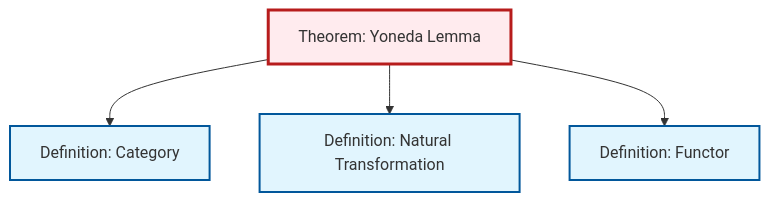
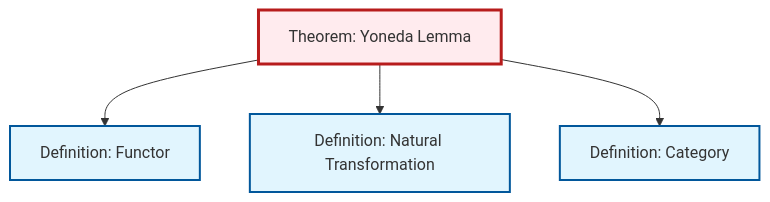
Before and after one commit to RK0429/ModernMath: the diagram in output/mermaid/en/thm-yoneda.mermaid, drawn with Mermaid. The commit also changed 3144 other files, not shown here.

```diff
--- a/output/mermaid/en/thm-yoneda.mermaid
+++ b/output/mermaid/en/thm-yoneda.mermaid
@@ -1,15 +1,14 @@
-%%| fig-cap: "Local dependency graph"
 graph TD
     classDef definition fill:#e1f5fe,stroke:#01579b,stroke-width:2px
     classDef theorem fill:#f3e5f5,stroke:#4a148c,stroke-width:2px
     classDef axiom fill:#fff3e0,stroke:#e65100,stroke-width:2px
     classDef example fill:#e8f5e9,stroke:#1b5e20,stroke-width:2px
     classDef current fill:#ffebee,stroke:#b71c1c,stroke-width:3px
     thm-yoneda["Theorem: Yoneda Lemma"]:::theorem
+    def-natural-transformation["Definition: Natural Transformation"]:::definition
+    def-category["Definition: Category"]:::definition
     def-functor["Definition: Functor"]:::definition
-    def-category["Definition: Category"]:::definition
-    def-natural-transformation["Definition: Natural Transformation"]:::definition
+    thm-yoneda --> def-functor
+    thm-yoneda --> def-natural-transformation
     thm-yoneda --> def-category
-    thm-yoneda --> def-natural-transformation
-    thm-yoneda --> def-functor
     class thm-yoneda current
```
